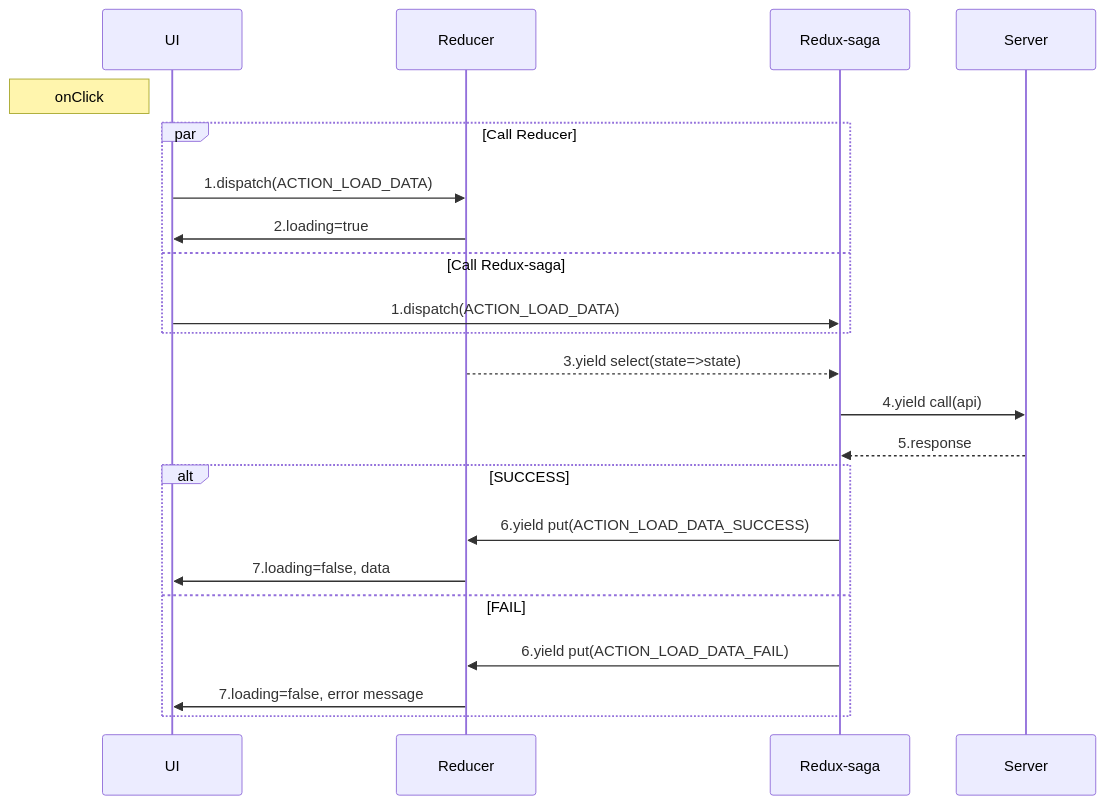
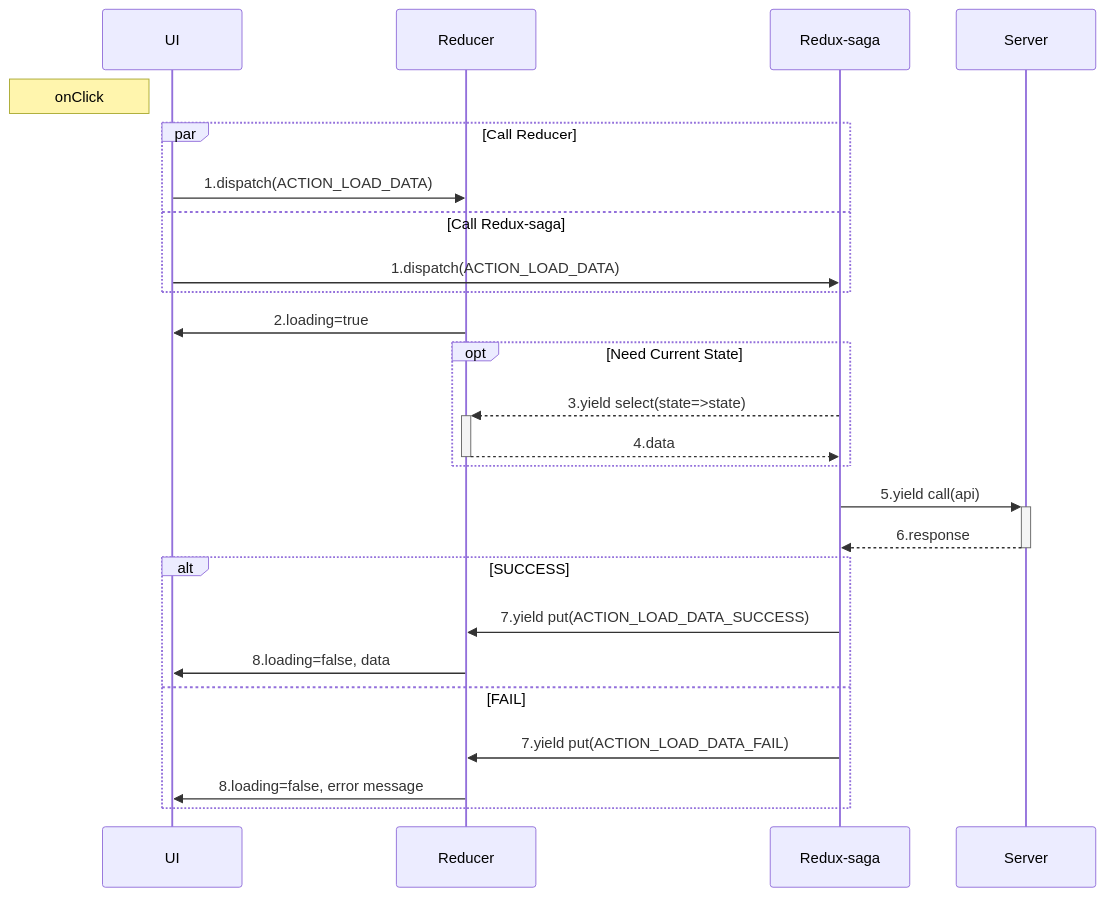
Before and after one commit to tsengyushiang/notes: the diagram in front-end/reduxSaga.md, drawn with Mermaid.

````diff
--- a/front-end/reduxSaga.md
+++ b/front-end/reduxSaga.md
@@ -209,25 +209,29 @@
 ```mermaid
 sequenceDiagram
        
     Note left of UI: onClick
     par Call Reducer
         UI->>Reducer: 1.dispatch(ACTION_LOAD_DATA)
-        Reducer->>UI: 2.loading=true
     and Call Redux-saga
         UI->>Redux-saga: 1.dispatch(ACTION_LOAD_DATA)
     end
     
-    Reducer-->>Redux-saga: 3.yield select(state=>state)
-
-    Redux-saga->>Server: 4.yield call(api)
-    Server-->>Redux-saga: 5.response
+    Reducer->>UI: 2.loading=true
+    
+    opt Need Current State
+        Redux-saga-->>+Reducer: 3.yield select(state=>state)
+        Reducer-->>-Redux-saga: 4.data
+    end
+    
+    Redux-saga->>+Server: 5.yield call(api)
+    Server-->>-Redux-saga: 6.response
     
     alt SUCCESS
-        Redux-saga->>Reducer: 6.yield put(ACTION_LOAD_DATA_SUCCESS)
-        Reducer->>UI: 7.loading=false, data
+        Redux-saga->>Reducer: 7.yield put(ACTION_LOAD_DATA_SUCCESS)
+        Reducer->>UI: 8.loading=false, data
     else FAIL
-        Redux-saga->>Reducer: 6.yield put(ACTION_LOAD_DATA_FAIL)
-        Reducer->>UI: 7.loading=false, error message 
+        Redux-saga->>Reducer: 7.yield put(ACTION_LOAD_DATA_FAIL)
+        Reducer->>UI: 8.loading=false, error message 
     end
 
 ```
````
